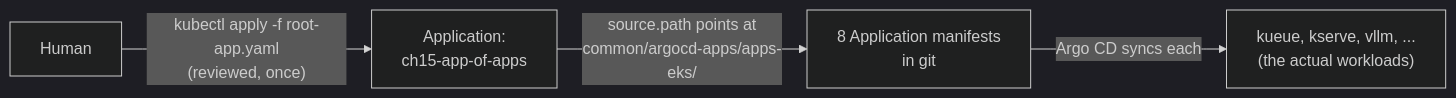
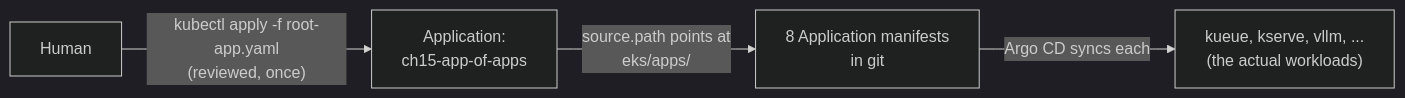
The second of 3 diagrams in 15-mlops-gitops-and-pipelines/README.md (GitOpsHub/kubernetes-ai-infrastructure), drawn with Mermaid (dark theme) before and after one commit. The commit also changed other lines of this file and 6 other files, not shown here.

````diff
--- a/15-mlops-gitops-and-pipelines/README.md
+++ b/15-mlops-gitops-and-pipelines/README.md
@@ -189,6 +189,6 @@
 ```mermaid
 flowchart LR
     Human -->|"kubectl apply -f root-app.yaml<br/>(reviewed, once)"| Root["Application:<br/>ch15-app-of-apps"]
-    Root -->|"source.path points at<br/>common/argocd-apps/apps-eks/"| Dir["8 Application manifests<br/>in git"]
+    Root -->|"source.path points at<br/>eks/apps/"| Dir["8 Application manifests<br/>in git"]
     Dir -->|"Argo CD syncs each"| Children["kueue, kserve, vllm, ...<br/>(the actual workloads)"]
 ```
````
